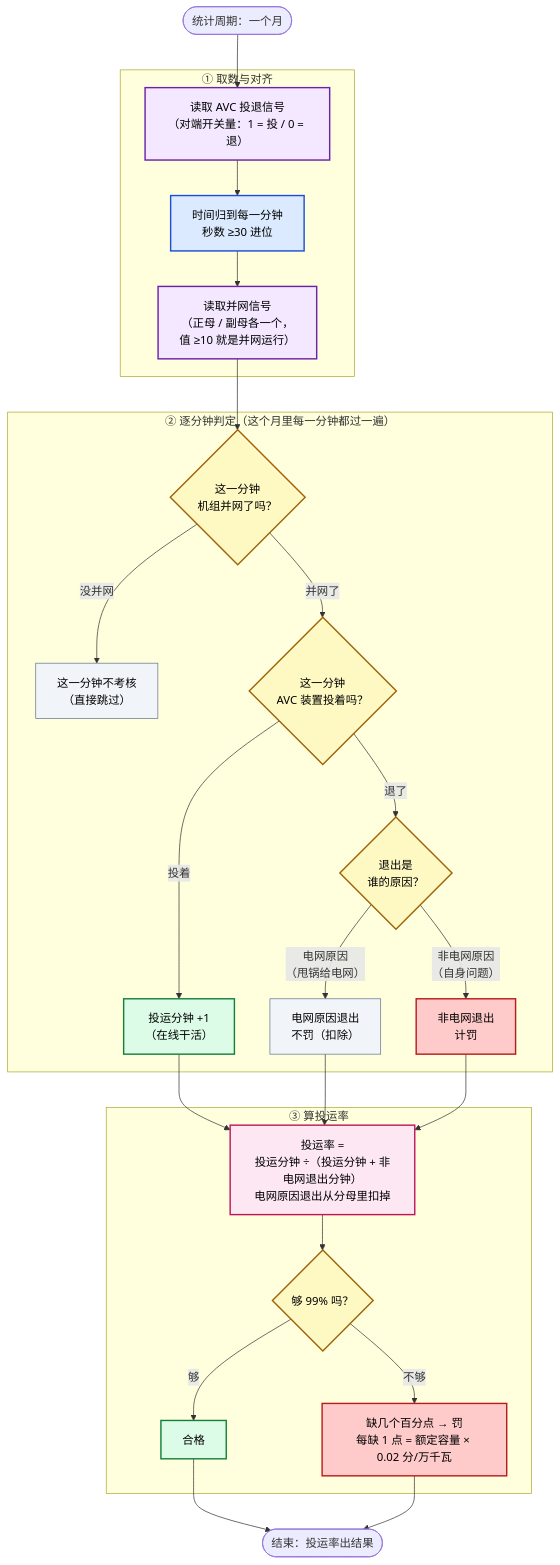
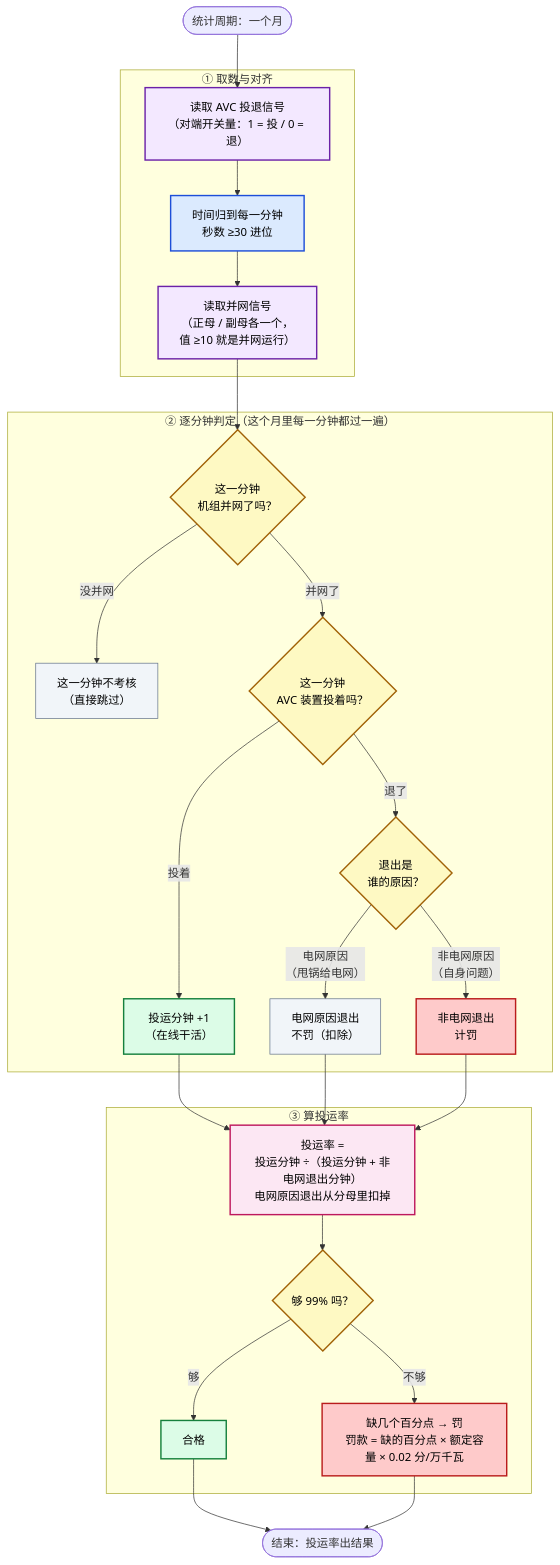
The second of 3 diagrams in docs/核心算法流程图/AVC考核核心算法_流程图_通俗版_v5_0.md (18809887736/VQMS), drawn with Mermaid before and after one commit. The commit also changed other lines of this file and 1 other file, not shown here.

````diff
--- a/docs/核心算法流程图/AVC考核核心算法_流程图_通俗版_v5_0.md
+++ b/docs/核心算法流程图/AVC考核核心算法_流程图_通俗版_v5_0.md
@@ -37,44 +37,44 @@
 ```mermaid
 graph TD
     classDef s1 fill:#f3e8ff,stroke:#6b21a8,stroke-width:2px,color:#000
     classDef s2 fill:#dbeafe,stroke:#1d4ed8,stroke-width:2px,color:#000
     classDef gate fill:#fef9c3,stroke:#a16207,stroke-width:2px,color:#000
     classDef pass fill:#dcfce7,stroke:#15803d,stroke-width:2px,color:#000
     classDef fail fill:#fecaca,stroke:#b91c1c,stroke-width:2px,color:#000
     classDef skip fill:#f1f5f9,stroke:#64748b,stroke-width:1px,color:#000
     classDef out fill:#fce7f3,stroke:#be185d,stroke-width:2px,color:#000
 
     Start(["统计周期：一个月"]) --> A1
 
     subgraph 取数 ["① 取数与对齐"]
         A1["读取 AVC 投退信号<br/>（对端开关量：1 = 投 / 0 = 退）"]:::s1
         A1 --> A2["时间归到每一分钟<br/>秒数 ≥30 进位"]:::s2
         A2 --> A3["读取并网信号<br/>（正母 / 副母各一个，<br/>值 ≥10 就是并网运行）"]:::s1
     end
 
     A3 --> G1
 
     subgraph 逐分钟 ["② 逐分钟判定（这个月里每一分钟都过一遍）"]
         G1{"这一分钟<br/>机组并网了吗？"}:::gate
         G1 -->|"没并网"| S1["这一分钟不考核<br/>（直接跳过）"]:::skip
         G1 -->|"并网了"| G2{"这一分钟<br/>AVC 装置投着吗？"}:::gate
         G2 -->|"投着"| P1["投运分钟 +1<br/>（在线干活）"]:::pass
         G2 -->|"退了"| G3{"退出是<br/>谁的原因？"}:::gate
         G3 -->|"电网原因<br/>（甩锅给电网）"| S2["电网原因退出<br/>不罚（扣除）"]:::skip
         G3 -->|"非电网原因<br/>（自身问题）"| F1["非电网退出<br/>计罚"]:::fail
     end
 
     P1 --> D1
     S2 --> D1
     F1 --> D1
 
     subgraph 汇总 ["③ 算投运率"]
         D1["投运率 =<br/>投运分钟 ÷（投运分钟 + 非电网退出分钟）<br/>电网原因退出从分母里扣掉"]:::out
         D1 --> D2{"够 99% 吗？"}:::gate
         D2 -->|"够"| E1["合格"]:::pass
-        D2 -->|"不够"| D3["缺几个百分点 → 罚<br/>每缺 1 点 = 额定容量 × 0.02 分/万千瓦"]:::fail
+        D2 -->|"不够"| D3["缺几个百分点 → 罚<br/>罚款 = 缺的百分点 × 额定容量 × 0.02 分/万千瓦"]:::fail
     end
 
     E1 --> End(["结束：投运率出结果"])
     D3 --> End
 ```
````
